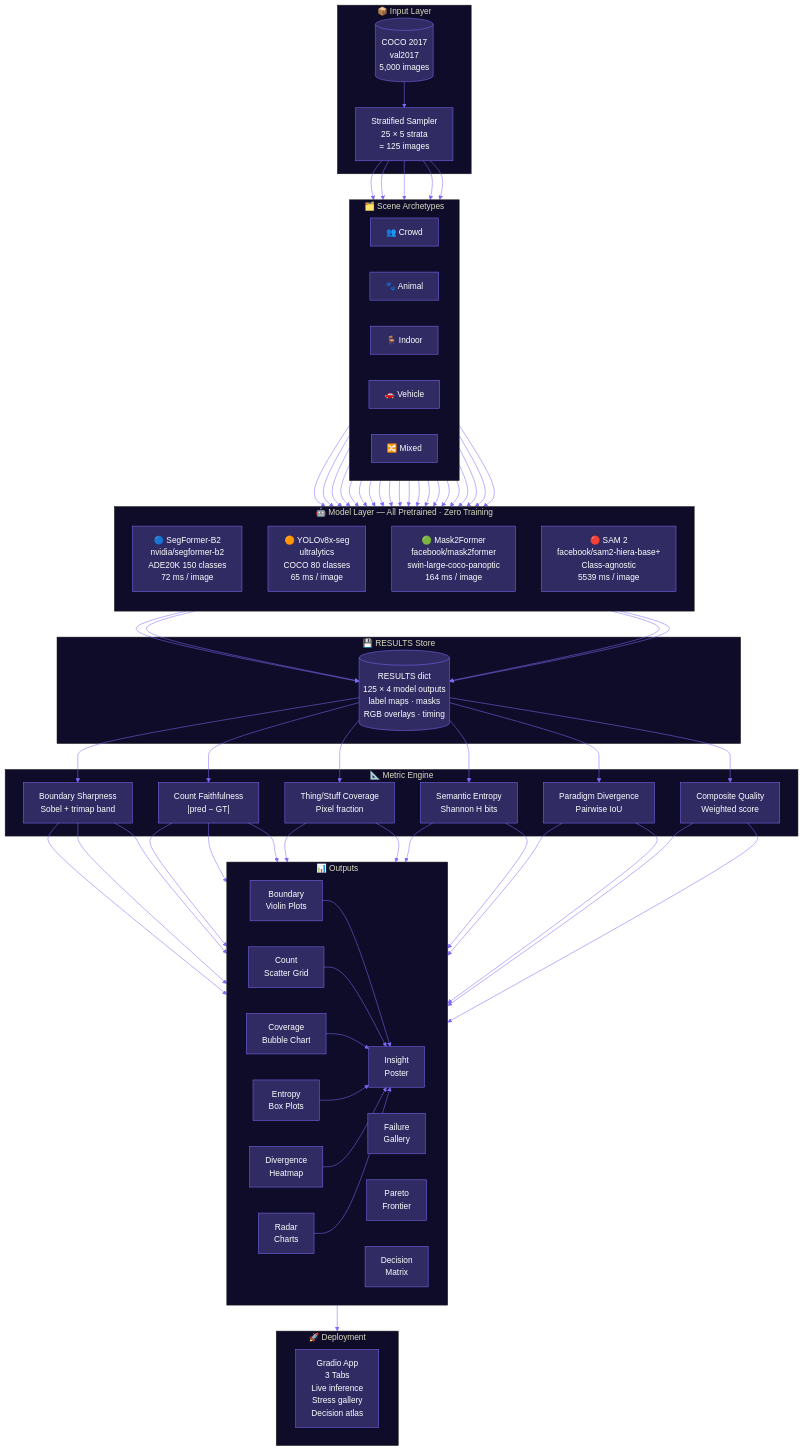
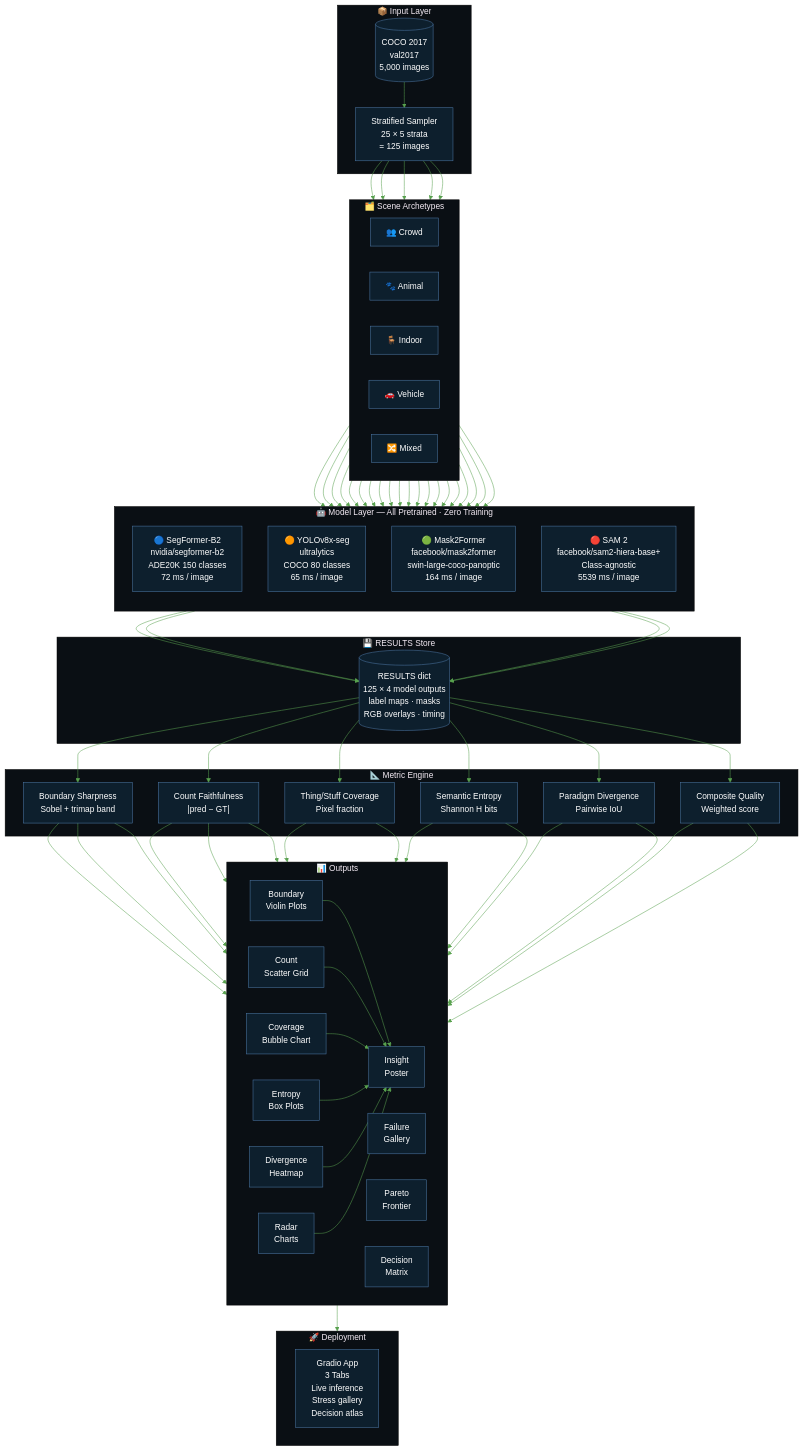
One commit to DARusrus/Segmentation-Techniques-Comparison changed the first of 3 diagrams in README.md. Above: the diagram before and after it, drawn with Mermaid. The commit also changed other lines of this file, not shown here.

````diff
--- a/README.md
+++ b/README.md
@@ -96,13 +100,13 @@
 ```mermaid
 %%{init: {'theme': 'base', 'themeVariables': {
-  'primaryColor': '#302b63',
+  'primaryColor': '#0d1f2d',
   'primaryTextColor': '#ffffff',
-  'primaryBorderColor': '#7C6AF7',
-  'lineColor': '#7C6AF7',
-  'secondaryColor': '#0f0c29',
-  'tertiaryColor': '#24243e',
-  'edgeLabelBackground': '#1a1a2e',
-  'clusterBkg': '#0f0c29'
+  'primaryBorderColor': '#4E79A7',
+  'lineColor': '#59A14F',
+  'secondaryColor': '#1a0d05',
+  'tertiaryColor': '#0a130a',
+  'edgeLabelBackground': '#0d1f2d',
+  'clusterBkg': '#0a0f14'
 }}}%%
 
 flowchart TB
````
